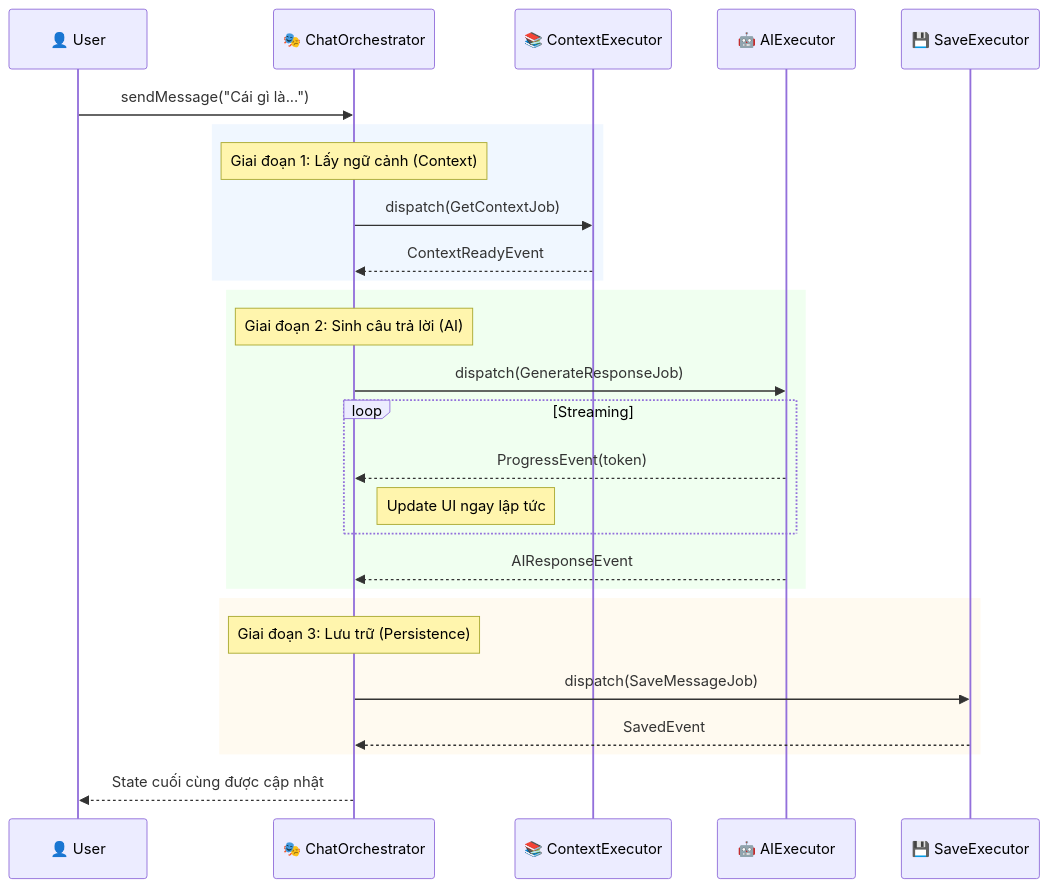
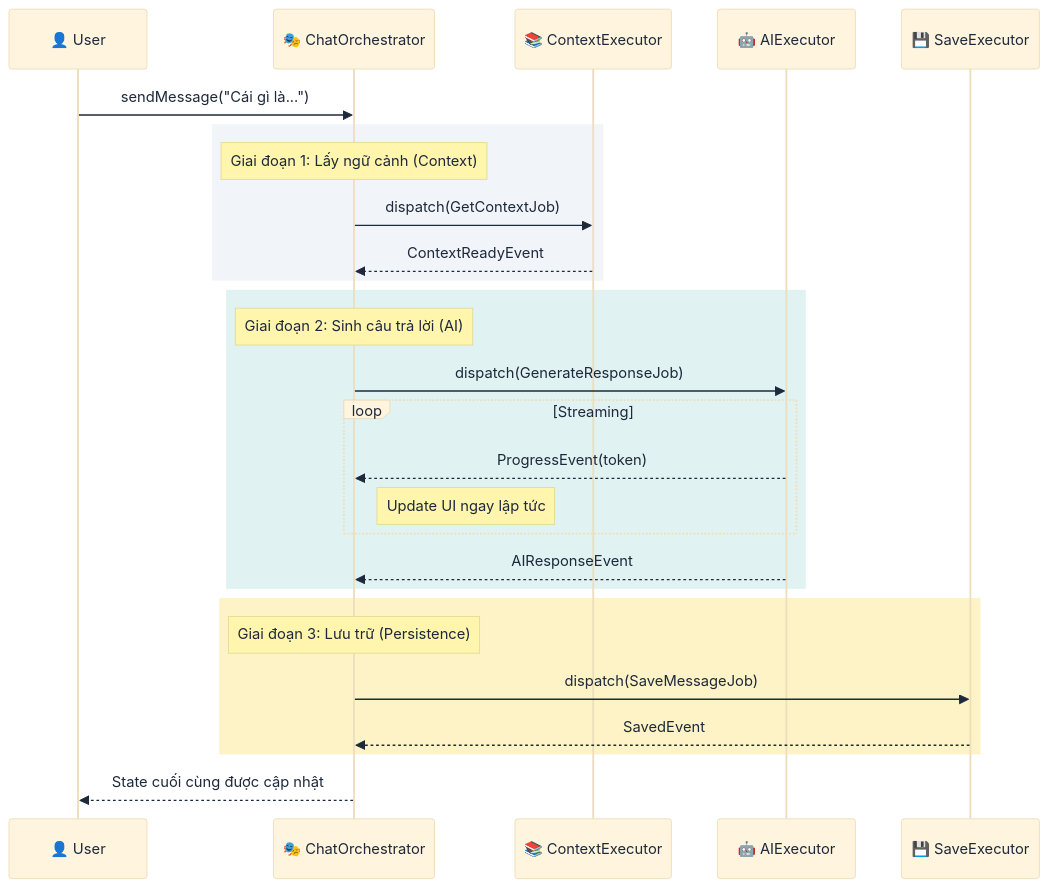
The second of 12 diagrams in book/vi/chapters/06_case_study.md (lploc94/flutter_orchestrator), drawn with Mermaid before and after one commit. The commit also changed other lines of this file and 4 other files, not shown here.

````diff
--- a/book/vi/chapters/06_case_study.md
+++ b/book/vi/chapters/06_case_study.md
@@ -48,34 +60,35 @@
 ```mermaid
+%%{init: {'theme': 'base', 'themeVariables': { 'primaryTextColor': '#1e293b', 'noteTextColor': '#1e293b', 'actorTextColor': '#1e293b' }}}%%
 sequenceDiagram
     participant User as 👤 User
     participant Chat as 🎭 ChatOrchestrator
     participant RAG as 📚 ContextExecutor
     participant LLM as 🤖 AIExecutor
     participant DB as 💾 SaveExecutor
     
     User->>Chat: sendMessage("Cái gì là...")
     
-    rect rgb(240, 247, 255)
+    rect rgb(241, 245, 249)
         Note over Chat: Giai đoạn 1: Lấy ngữ cảnh (Context)
         Chat->>RAG: dispatch(GetContextJob)
         RAG-->>Chat: ContextReadyEvent
     end
     
-    rect rgb(240, 255, 240)
+    rect rgb(224, 242, 241)
         Note over Chat: Giai đoạn 2: Sinh câu trả lời (AI)
         Chat->>LLM: dispatch(GenerateResponseJob)
         loop Streaming
             LLM-->>Chat: ProgressEvent(token)
             Note right of Chat: Update UI ngay lập tức
         end
         LLM-->>Chat: AIResponseEvent
     end
     
-    rect rgb(255, 250, 240)
+    rect rgb(254, 243, 199)
         Note over Chat: Giai đoạn 3: Lưu trữ (Persistence)
         Chat->>DB: dispatch(SaveMessageJob)
         DB-->>Chat: SavedEvent
     end
     
     Chat-->>User: State cuối cùng được cập nhật
 ```
````
